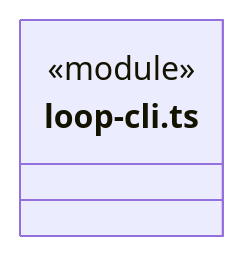
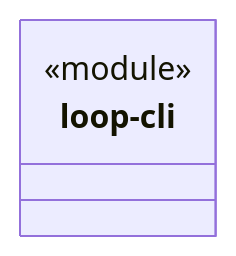
One commit to nan023062/cbim changed the diagram in src/bridge/server/commands/ARCHITECTURE.md. Above: the diagram before and after it, drawn with Mermaid. The commit also changed other lines of this file and 158 other files, not shown here.

Commit message:
docs: model architecture through nested virtual encapsulations

````diff
--- a/src/bridge/server/commands/ARCHITECTURE.md
+++ b/src/bridge/server/commands/ARCHITECTURE.md
@@ -48,6 +19,7 @@
 ```mermaid
 classDiagram
-class N_src_bridge_server_commands_loop_cli_ts["loop-cli.ts"] {
+class N_48a78a49b8a7["loop-cli"] {
   <<module>>
 }
+click N_48a78a49b8a7 href "loop-cli.ts"
 ```
````
